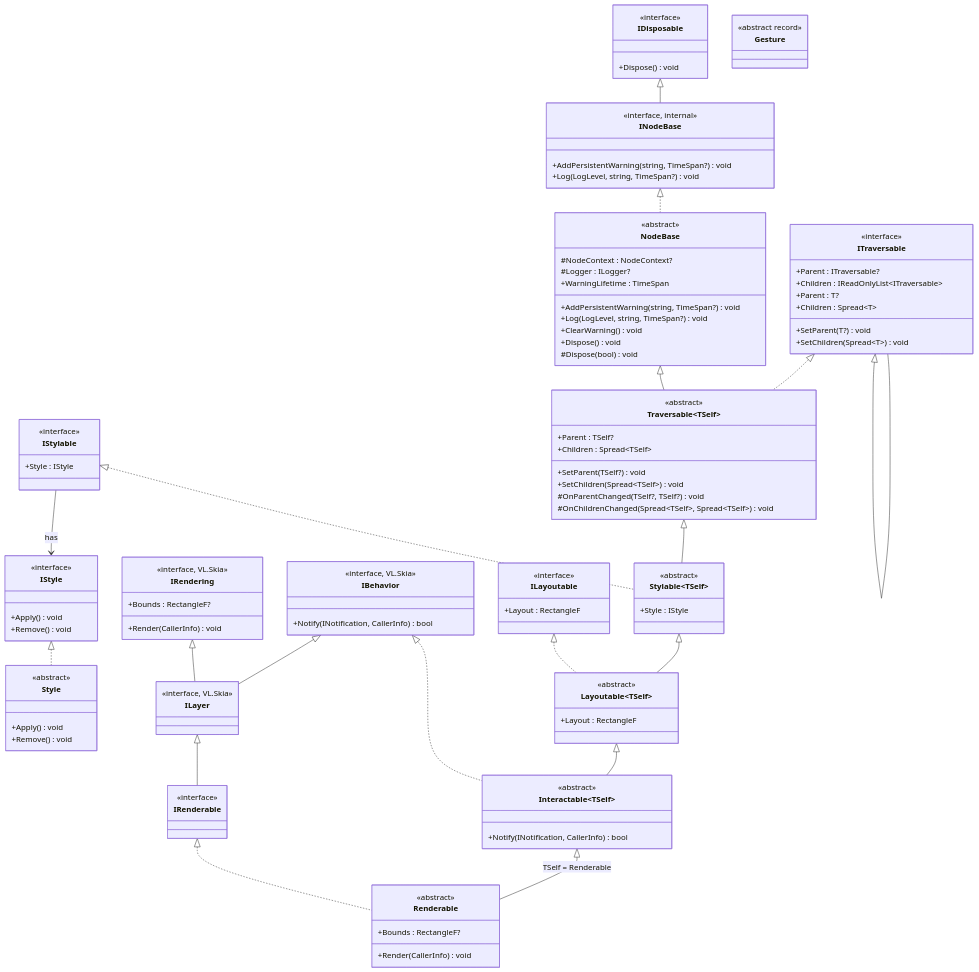
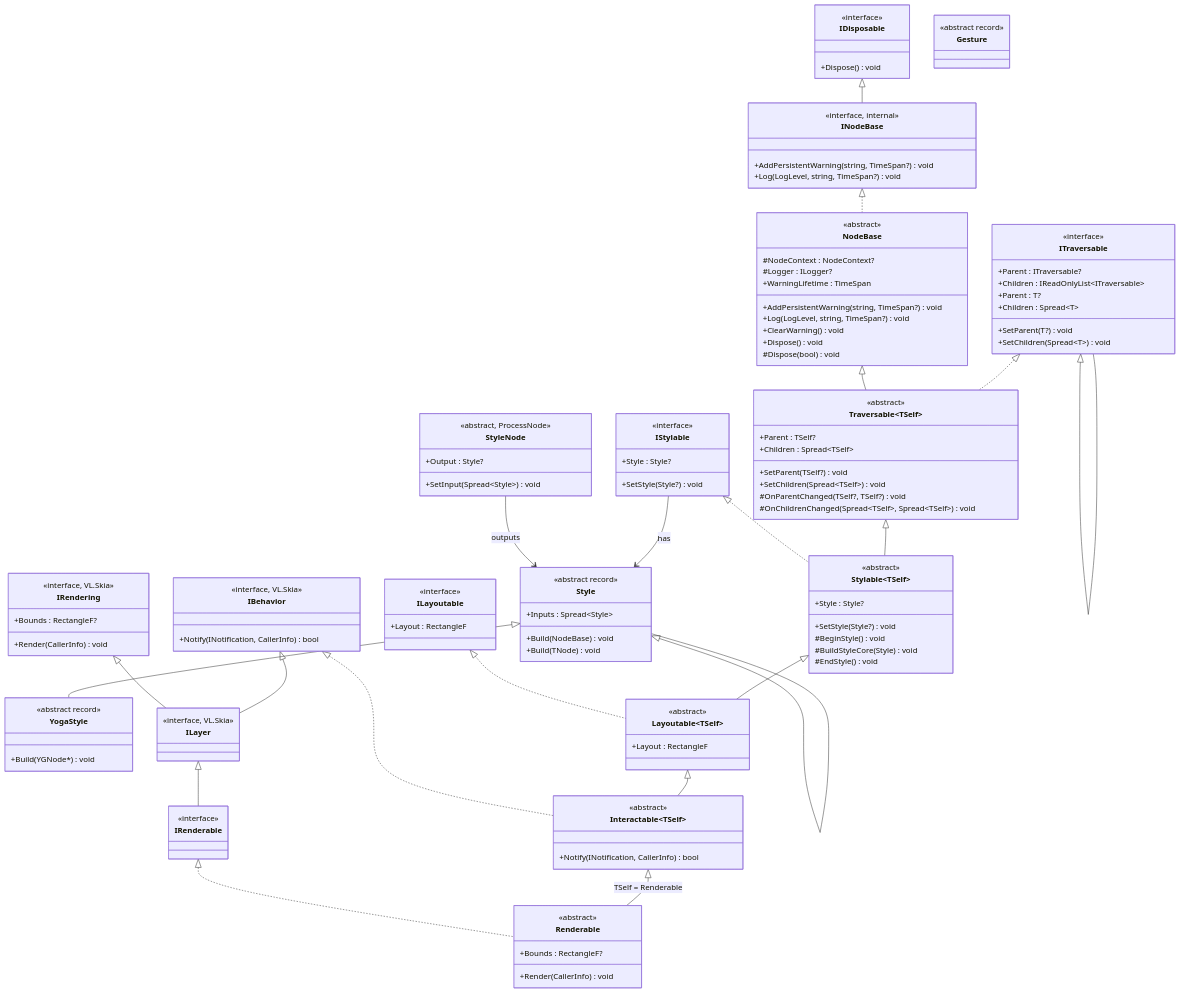
The diagram in .github/summaries/summary-core-inheritance.md (antokhio/VL.Fu), drawn with Mermaid before and after one commit. The commit also changed other lines of this file and 13 other files, not shown here.

```diff
--- a/.github/summaries/summary-core-inheritance.md
+++ b/.github/summaries/summary-core-inheritance.md
@@ -62,28 +62,44 @@
     ITraversable~T~ <|.. Traversable~TSelf~
 
     %% Style Layer
-    class IStyle {
-        <<interface>>
-        +Apply() void
-        +Remove() void
+    class Style {
+        <<abstract record>>
+        +Inputs : Spread~Style~
+        +Build(NodeBase) void
     }
-    class Style {
-        <<abstract>>
-        +Apply() void
-        +Remove() void
+    class Style~TNode~ {
+        <<abstract record>>
+        +Build(TNode) void
     }
-    IStyle <|.. Style
+    class YogaStyle {
+        <<abstract record>>
+        +Build(YGNode*) void
+    }
+    Style <|-- Style~TNode~
+    Style <|-- YogaStyle
+
+    class StyleNode {
+        <<abstract, ProcessNode>>
+        +SetInput(Spread~Style~) void
+        +Output : Style?
+    }
+    StyleNode --> Style : outputs
 
     class IStylable {
         <<interface>>
-        +Style : IStyle
+        +Style : Style?
+        +SetStyle(Style?) void
     }
     class Stylable~TSelf~ {
         <<abstract>>
-        +Style : IStyle
+        +Style : Style?
+        +SetStyle(Style?) void
+        #BeginStyle() void
+        #BuildStyleCore(Style) void
+        #EndStyle() void
     }
     IStylable <|.. Stylable~TSelf~
-    IStylable --> IStyle : has
+    IStylable --> Style : has
     Traversable~TSelf~ <|-- Stylable~TSelf~
 
     %% Layout Layer
```
